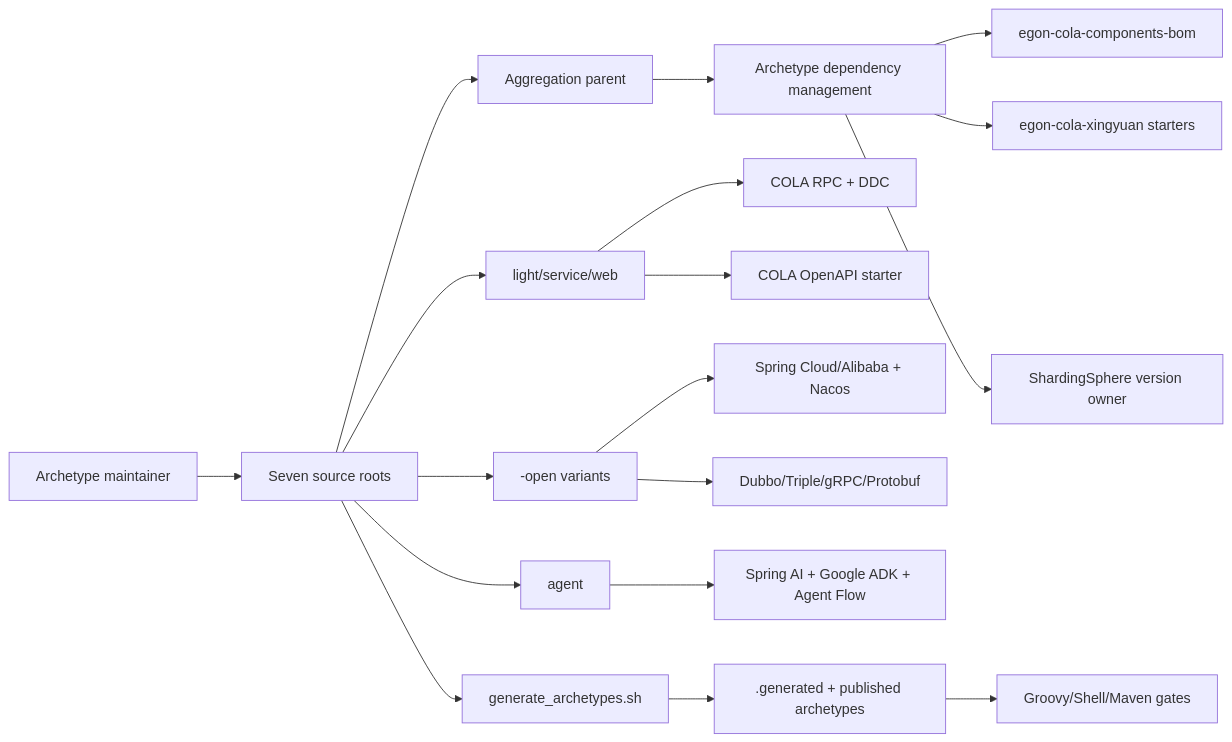
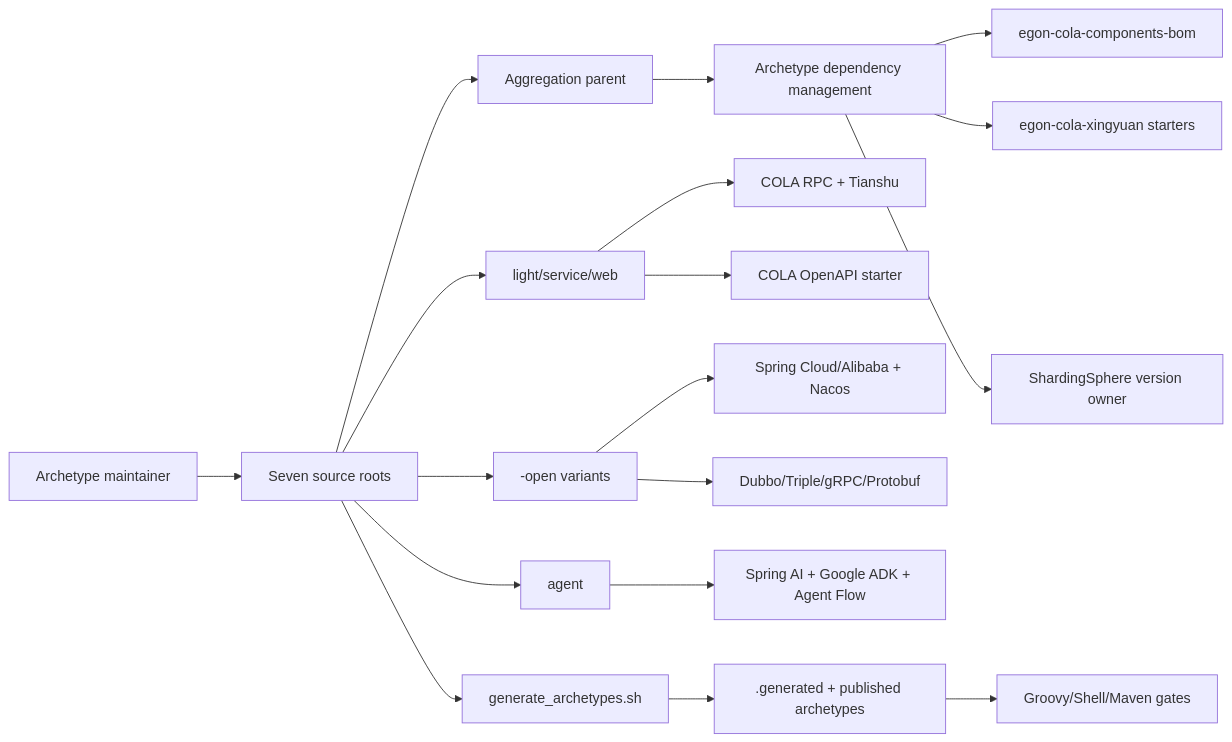
Before and after one commit to AllenDEricDAlexander/Egon-COLA: the first of 3 diagrams in docs/egon/spec/2026-09-07-16-52-archetype-native-open-dependency-governance.md, drawn with Mermaid. The commit also changed other lines of this file and 233 other files, not shown here.

````diff
--- a/docs/egon/spec/2026-09-07-16-52-archetype-native-open-dependency-governance.md
+++ b/docs/egon/spec/2026-09-07-16-52-archetype-native-open-dependency-governance.md
@@ -272,20 +272,20 @@
 ```mermaid
 flowchart LR
     Maintainer[Archetype maintainer] --> Source[Seven source roots]
     Source --> Parent[Aggregation parent]
     Parent --> ArchBOM[Archetype dependency management]
     ArchBOM --> Components[egon-cola-components-bom]
     ArchBOM --> Platforms[egon-cola-xingyuan starters]
     ArchBOM --> Sharding[ShardingSphere version owner]
     Source --> Native[light/service/web]
-    Native --> NativeRPC[COLA RPC + DDC]
+    Native --> NativeRPC[COLA RPC + Tianshu]
     Native --> NativeDoc[COLA OpenAPI starter]
     Source --> Open[-open variants]
     Open --> Cloud[Spring Cloud/Alibaba + Nacos]
     Open --> Dubbo[Dubbo/Triple/gRPC/Protobuf]
     Source --> Agent[agent]
     Agent --> AI[Spring AI + Google ADK + Agent Flow]
     Source --> Generator[generate_archetypes.sh]
     Generator --> Generated[.generated + published archetypes]
     Generated --> Verifier[Groovy/Shell/Maven gates]
 ```
````
